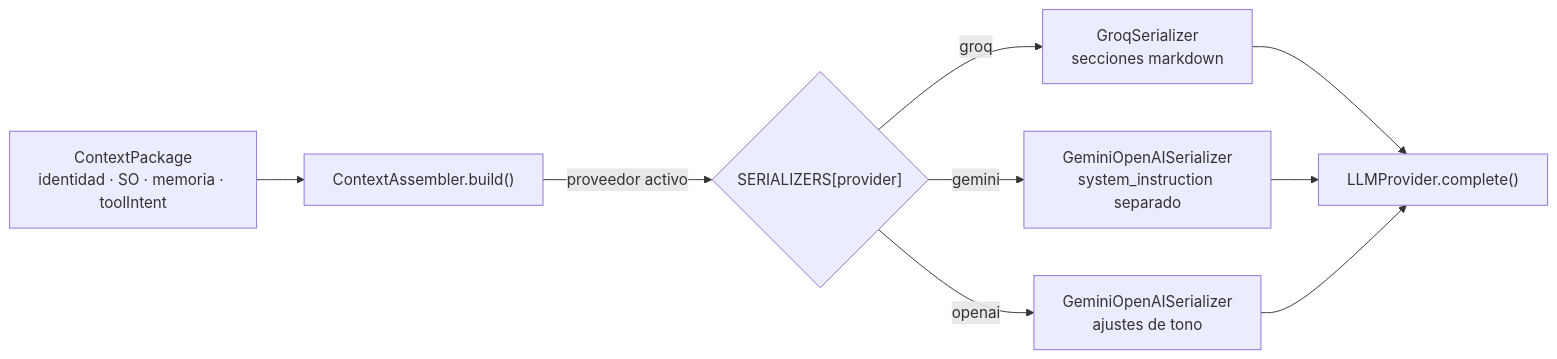
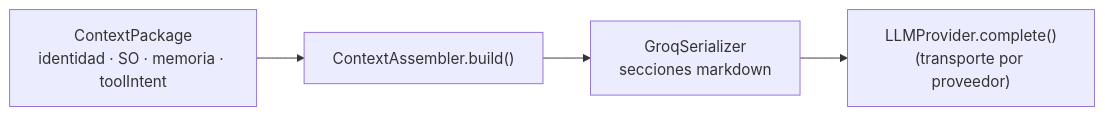
One commit to Dregxmoon/Kaoru-Agent changed the diagram in core/grounding/serializers/README.md. Above: the diagram before and after it, drawn with Mermaid. The commit also changed other lines of this file and 10 other files, not shown here.

````diff
--- a/core/grounding/serializers/README.md
+++ b/core/grounding/serializers/README.md
@@ -39,9 +38,6 @@
 ```mermaid
 flowchart LR
     PACK["ContextPackage<br/>identidad · SO · memoria · toolIntent"] --> ASM["ContextAssembler.build()"]
-    ASM -->|"proveedor activo"| SEL{"SERIALIZERS[provider]"}
-    SEL -->|"groq"| G["GroqSerializer<br/>secciones markdown"]
-    SEL -->|"gemini"| GE["GeminiOpenAISerializer<br/>system_instruction separado"]
-    SEL -->|"openai"| O["GeminiOpenAISerializer<br/>ajustes de tono"]
-    G & GE & O --> LLM["LLMProvider.complete()"]
+    ASM --> G["GroqSerializer<br/>secciones markdown"]
+    G --> LLM["LLMProvider.complete()<br/>(transporte por proveedor)"]
 ```
````
